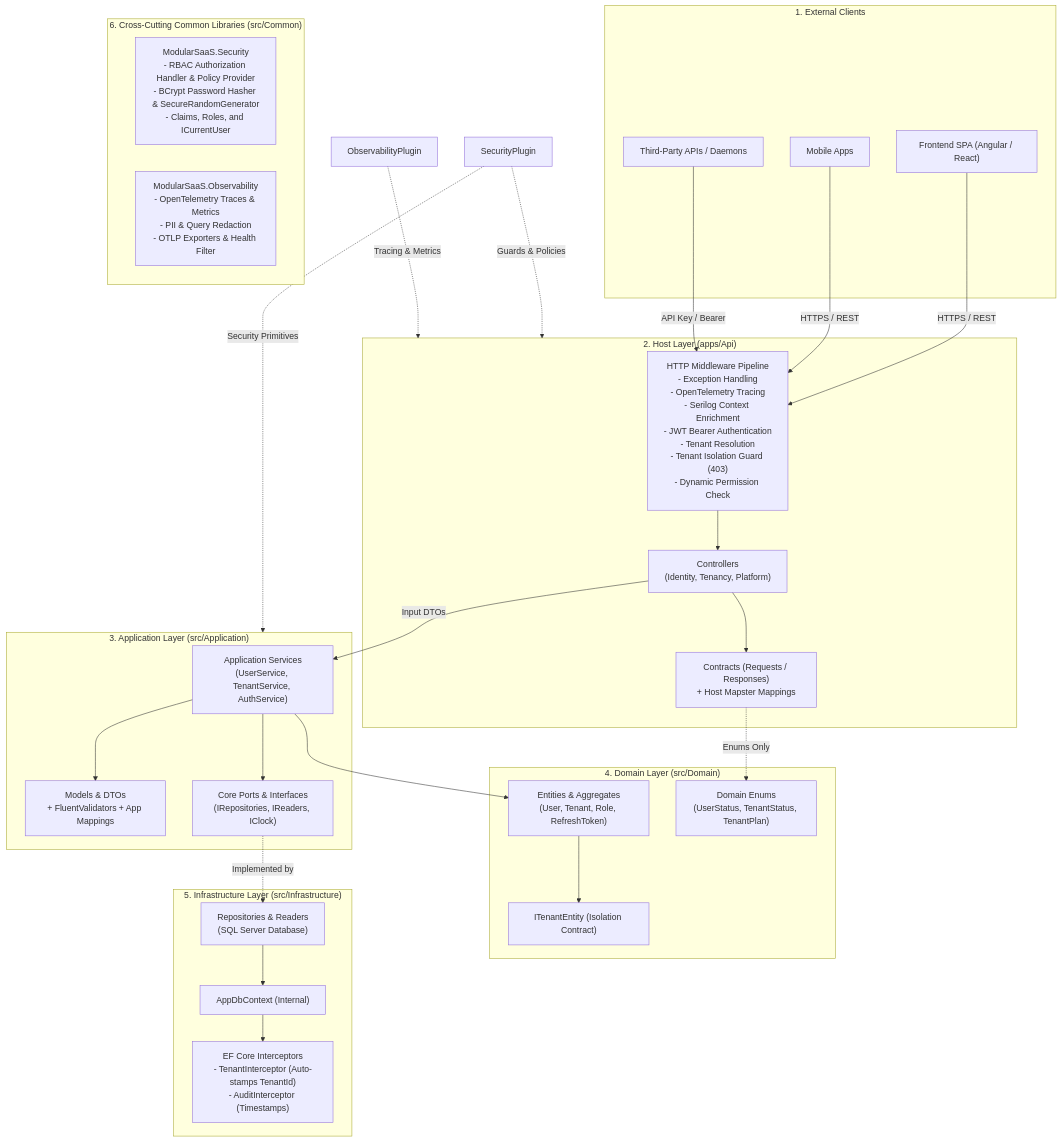
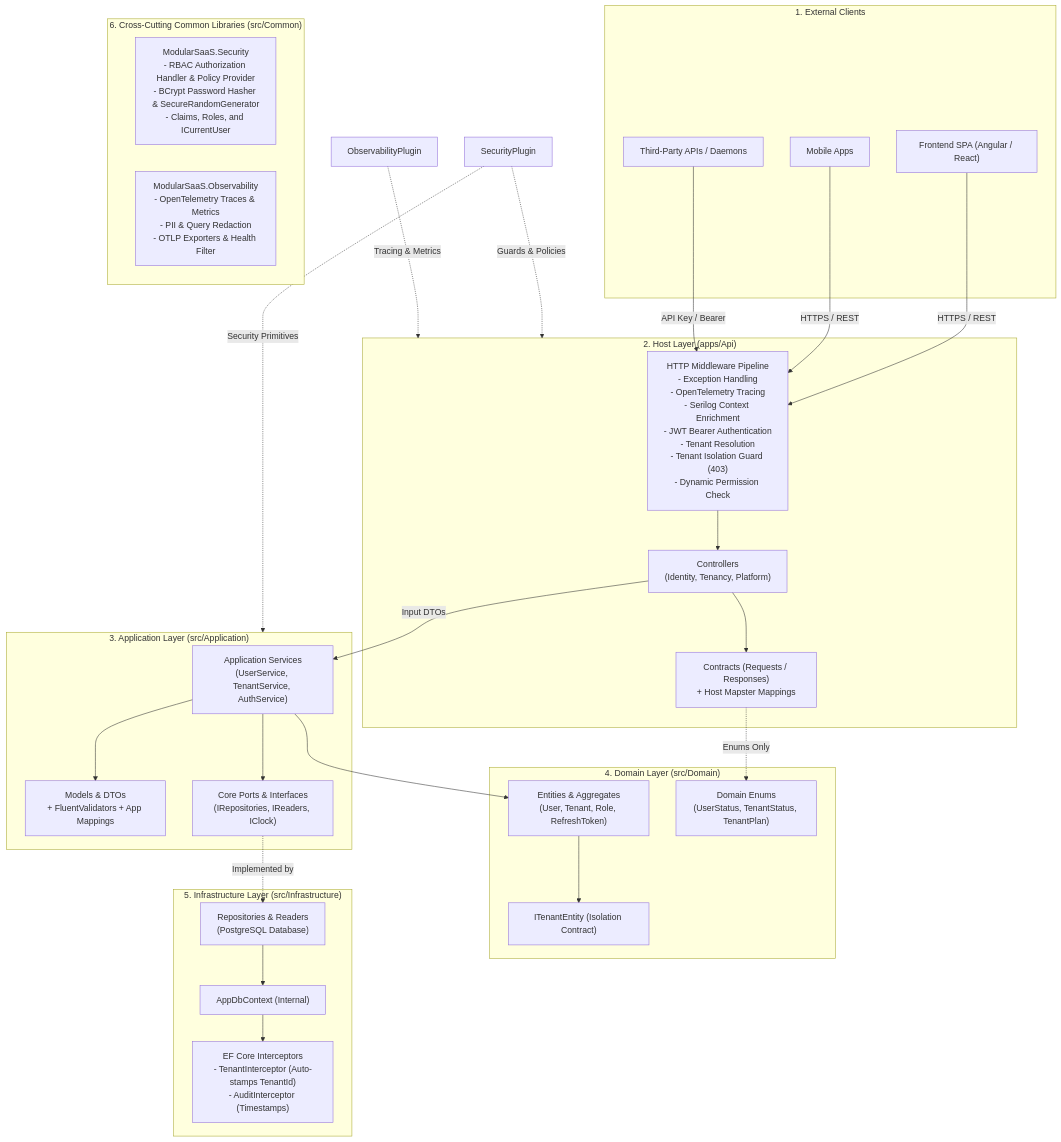
The first of 6 diagrams in ModularSaaS/ARCHITECTURE_OVERVIEW.md (AAQSOLS/Architectures), drawn with Mermaid before and after one commit. The commit also changed other lines of this file and 30 other files, not shown here.

First line of the commit message:
feat(database): migrate provider from SQL Server to PostgreSQL

````diff
--- a/ModularSaaS/ARCHITECTURE_OVERVIEW.md
+++ b/ModularSaaS/ARCHITECTURE_OVERVIEW.md
@@ -11,60 +11,60 @@
 ```mermaid
 flowchart TD
     subgraph ClientZone["1. External Clients"]
         SPA["Frontend SPA (Angular / React)"]
         Mobile["Mobile Apps"]
         External["Third-Party APIs / Daemons"]
     end
 
     subgraph HostLayer["2. Host Layer (apps/Api)"]
         MiddlewarePipe["HTTP Middleware Pipeline<br/>- Exception Handling<br/>- OpenTelemetry Tracing<br/>- Serilog Context Enrichment<br/>- JWT Bearer Authentication<br/>- Tenant Resolution<br/>- Tenant Isolation Guard (403)<br/>- Dynamic Permission Check"]
         Controllers["Controllers<br/>(Identity, Tenancy, Platform)"]
         HostContracts["Contracts (Requests / Responses)<br/>+ Host Mapster Mappings"]
     end
 
     subgraph AppLayer["3. Application Layer (src/Application)"]
         Services["Application Services<br/>(UserService, TenantService, AuthService)"]
         AppModels["Models & DTOs<br/>+ FluentValidators + App Mappings"]
         AppAbstractions["Core Ports & Interfaces<br/>(IRepositories, IReaders, IClock)"]
     end
 
     subgraph DomainLayer["4. Domain Layer (src/Domain)"]
         Entities["Entities & Aggregates<br/>(User, Tenant, Role, RefreshToken)"]
         DomainEnums["Domain Enums<br/>(UserStatus, TenantStatus, TenantPlan)"]
         TenantMarker["ITenantEntity (Isolation Contract)"]
     end
 
     subgraph InfraLayer["5. Infrastructure Layer (src/Infrastructure)"]
         DbContext["AppDbContext (Internal)"]
         Interceptors["EF Core Interceptors<br/>- TenantInterceptor (Auto-stamps TenantId)<br/>- AuditInterceptor (Timestamps)"]
-        DataStores["Repositories & Readers<br/>(SQL Server Database)"]
+        DataStores["Repositories & Readers<br/>(PostgreSQL Database)"]
     end
 
     subgraph Common["6. Cross-Cutting Common Libraries (src/Common)"]
         SecurityLib["ModularSaaS.Security<br/>- RBAC Authorization Handler & Policy Provider<br/>- BCrypt Password Hasher & SecureRandomGenerator<br/>- Claims, Roles, and ICurrentUser"]
         ObservabilityLib["ModularSaaS.Observability<br/>- OpenTelemetry Traces & Metrics<br/>- PII & Query Redaction<br/>- OTLP Exporters & Health Filter"]
     end
 
     %% Flow Connections
     SPA -->|HTTPS / REST| MiddlewarePipe
     Mobile -->|HTTPS / REST| MiddlewarePipe
     External -->|API Key / Bearer| MiddlewarePipe
     MiddlewarePipe --> Controllers
     Controllers --> HostContracts
 
     Controllers -->|Input DTOs| Services
     Services --> AppModels
     Services --> AppAbstractions
 
     Services --> Entities
     Entities --> TenantMarker
     HostContracts -.->|Enums Only| DomainEnums
 
     AppAbstractions -.->|Implemented by| DataStores
     DataStores --> DbContext
     DbContext --> Interceptors
 
     SecurityPlugin -.->|Security Primitives| AppLayer
     SecurityPlugin -.->|Guards & Policies| HostLayer
     ObservabilityPlugin -.->|Tracing & Metrics| HostLayer
 ```
````
